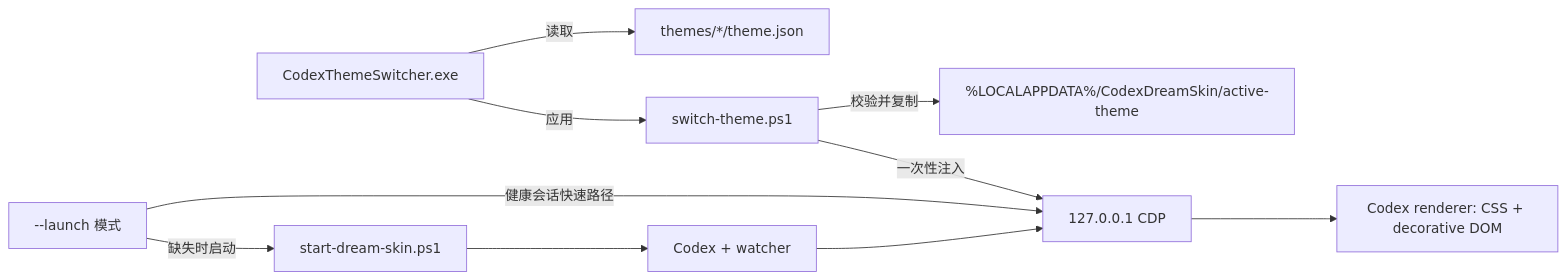
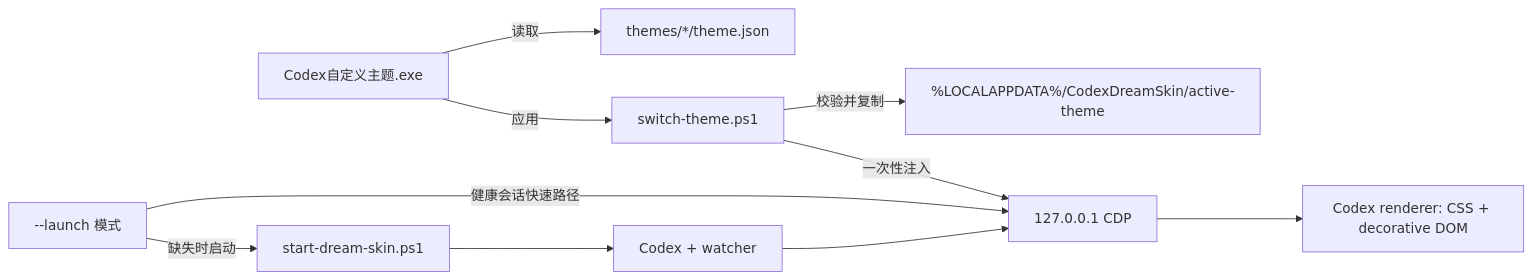
Before and after one commit to bilbillm/Codex-Dream-Skin-Switcher: the diagram in README.md, drawn with Mermaid. The commit also changed other lines of this file and 10 other files, not shown here.

````diff
--- a/README.md
+++ b/README.md
@@ -279,12 +279,12 @@
 ```mermaid
 flowchart LR
-    A["CodexThemeSwitcher.exe"] -->|"读取"| B["themes/*/theme.json"]
+    A["Codex自定义主题.exe"] -->|"读取"| B["themes/*/theme.json"]
     A -->|"应用"| C["switch-theme.ps1"]
     C -->|"校验并复制"| D["%LOCALAPPDATA%/CodexDreamSkin/active-theme"]
     C -->|"一次性注入"| E["127.0.0.1 CDP"]
     F["--launch 模式"] -->|"健康会话快速路径"| E
     F -->|"缺失时启动"| G["start-dream-skin.ps1"]
     G --> H["Codex + watcher"]
     H --> E
     E --> I["Codex renderer: CSS + decorative DOM"]
 ```
````
